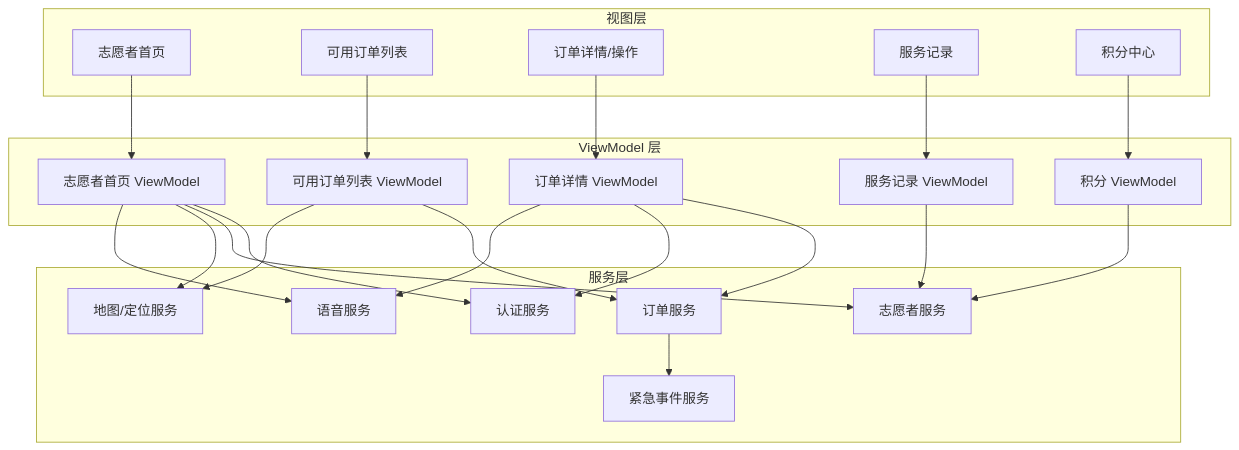
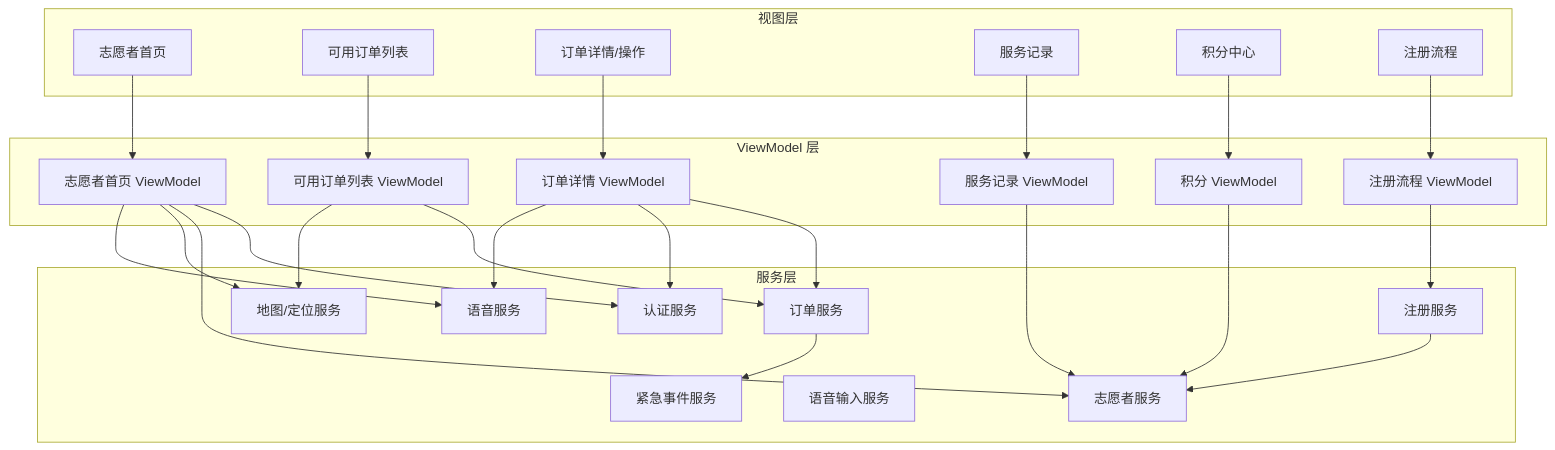
The second of 14 diagrams in .qoder/repowiki/zh/content/核心功能模块/志愿者功能/志愿者功能.md (Jayden23018/blind-run-ios), drawn with Mermaid before and after one commit. The commit also changed other lines of this file and 22 other files, not shown here.

````diff
--- a/.qoder/repowiki/zh/content/核心功能模块/志愿者功能/志愿者功能.md
+++ b/.qoder/repowiki/zh/content/核心功能模块/志愿者功能/志愿者功能.md
@@ -154,42 +183,49 @@
 ```mermaid
 graph TB
 subgraph "视图层"
 VHome["志愿者首页"]
 VList["可用订单列表"]
 VDetail["订单详情/操作"]
 VRecords["服务记录"]
 VPoints["积分中心"]
+VReg["注册流程"]
 end
 subgraph "ViewModel 层"
 VMHome["志愿者首页 ViewModel"]
 VMList["可用订单列表 ViewModel"]
 VMOrder["订单详情 ViewModel"]
 VMRecords["服务记录 ViewModel"]
 VMPoints["积分 ViewModel"]
+VMReg["注册流程 ViewModel"]
 end
 subgraph "服务层"
 SAuth["认证服务"]
 SVol["志愿者服务"]
 SOrd["订单服务"]
 SMap["地图/定位服务"]
 SSpeech["语音服务"]
+SSpeechInput["语音输入服务"]
 SEmer["紧急事件服务"]
+SReg["注册服务"]
 end
 VHome --> VMHome
 VList --> VMList
 VDetail --> VMOrder
 VRecords --> VMRecords
 VPoints --> VMPoints
+VReg --> VMReg
 VMHome --> SAuth
 VMHome --> SVol
 VMHome --> SMap
 VMHome --> SSpeech
 VMList --> SOrd
 VMList --> SMap
 VMOrder --> SOrd
 VMOrder --> SAuth
 VMOrder --> SSpeech
 VMRecords --> SVol
 VMPoints --> SVol
+VMReg --> SReg
 SOrd --> SEmer
+SReg --> SVol
 ```
````
